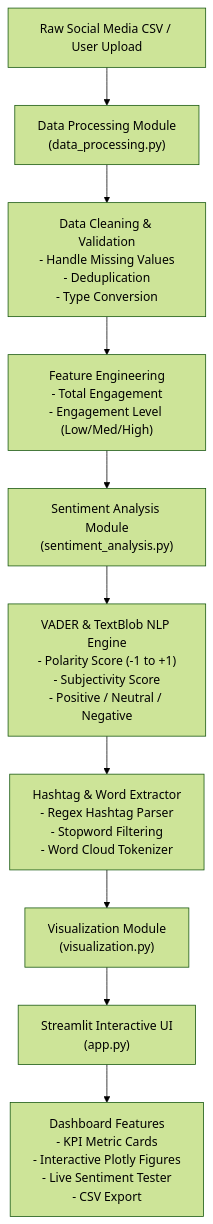
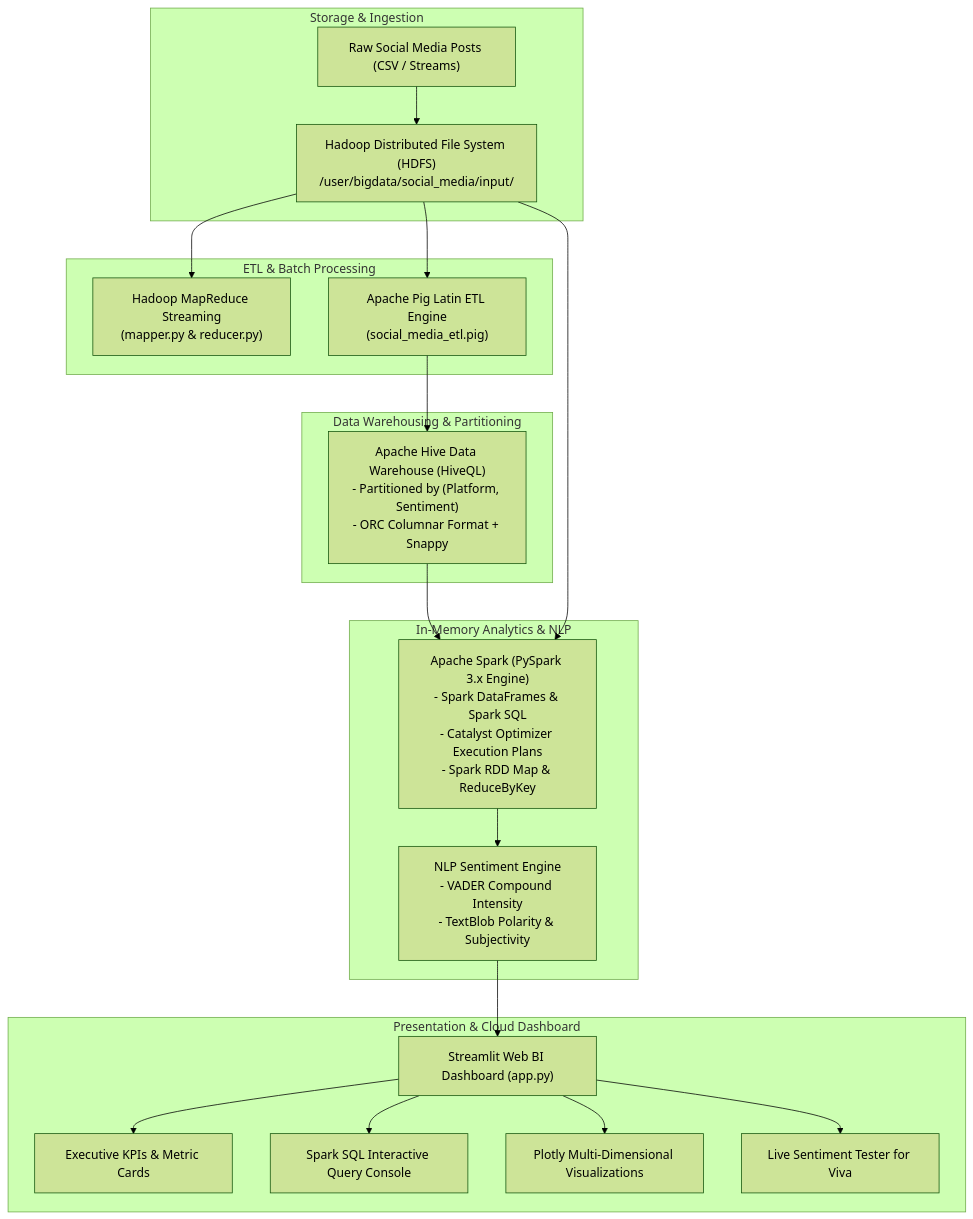
The diagram in README.md (ShaikSanaFarooha/Social-Media-Analytics), drawn with Mermaid (forest theme) before and after one commit. The commit also changed other lines of this file and 12 other files, not shown here.

Commit message:
Integrate Big Data Stack: Apache Spark, Apache Hive, Apache Pig, and Hadoop

````diff
--- a/README.md
+++ b/README.md
@@ -77,12 +27,28 @@
 ```mermaid
 flowchart TD
-    A["Raw Social Media CSV / User Upload"] --> B["Data Processing Module\n(data_processing.py)"]
-    B --> C["Data Cleaning & Validation\n- Handle Missing Values\n- Deduplication\n- Type Conversion"]
-    C --> D["Feature Engineering\n- Total Engagement\n- Engagement Level (Low/Med/High)"]
-    D --> E["Sentiment Analysis Module\n(sentiment_analysis.py)"]
-    E --> F["VADER & TextBlob NLP Engine\n- Polarity Score (-1 to +1)\n- Subjectivity Score\n- Positive / Neutral / Negative"]
-    F --> G["Hashtag & Word Extractor\n- Regex Hashtag Parser\n- Stopword Filtering\n- Word Cloud Tokenizer"]
-    G --> H["Visualization Module\n(visualization.py)"]
-    H --> I["Streamlit Interactive UI\n(app.py)"]
-    I --> J["Dashboard Features\n- KPI Metric Cards\n- Interactive Plotly Figures\n- Live Sentiment Tester\n- CSV Export"]
+    subgraph Storage & Ingestion
+        A["Raw Social Media Posts (CSV / Streams)"] --> B["Hadoop Distributed File System (HDFS)\n/user/bigdata/social_media/input/"]
+    end
+
+    subgraph ETL & Batch Processing
+        B --> C["Hadoop MapReduce Streaming\n(mapper.py & reducer.py)"]
+        B --> D["Apache Pig Latin ETL Engine\n(social_media_etl.pig)"]
+    end
+
+    subgraph Data Warehousing & Partitioning
+        D --> E["Apache Hive Data Warehouse (HiveQL)\n- Partitioned by (Platform, Sentiment)\n- ORC Columnar Format + Snappy"]
+    end
+
+    subgraph In-Memory Analytics & NLP
+        E & B --> F["Apache Spark (PySpark 3.x Engine)\n- Spark DataFrames & Spark SQL\n- Catalyst Optimizer Execution Plans\n- Spark RDD Map & ReduceByKey"]
+        F --> G["NLP Sentiment Engine\n- VADER Compound Intensity\n- TextBlob Polarity & Subjectivity"]
+    end
+
+    subgraph Presentation & Cloud Dashboard
+        G --> H["Streamlit Web BI Dashboard (app.py)"]
+        H --> I["Executive KPIs & Metric Cards"]
+        H --> J["Spark SQL Interactive Query Console"]
+        H --> K["Plotly Multi-Dimensional Visualizations"]
+        H --> L["Live Sentiment Tester for Viva"]
+    end
 ```
````
